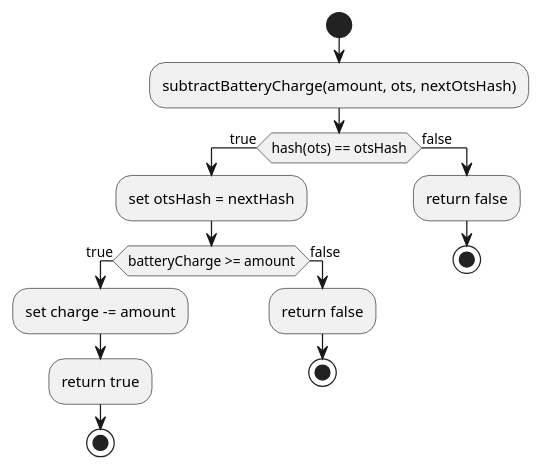
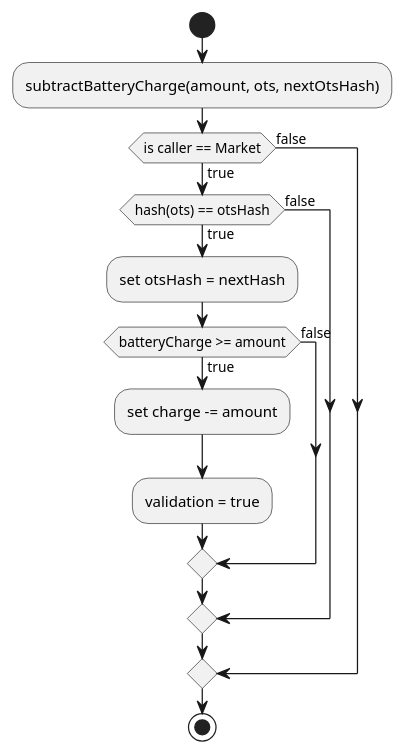
Before and after one commit to antonoeschmidt/SmartGridEmpowered: the diagram in docs/activitydiagram/withdraw.puml, drawn with PlantUML. The commit also changed 2 other files, not shown here.

```diff
--- a/docs/activitydiagram/withdraw.puml
+++ b/docs/activitydiagram/withdraw.puml
@@ -1,19 +1,18 @@
 @startuml withdraw battery
 start
 :subtractBatteryCharge(amount, ots, nextOtsHash);
-if (hash(ots) == otsHash) then (true)
-:set otsHash = nextHash;
-    if (batteryCharge >= amount) then (true)
-        :set charge -= amount;
-        :return true;
-        stop
+if (is caller == Market) then (true)
+    if (hash(ots) == otsHash) then (true)
+    :set otsHash = nextHash;
+        if (batteryCharge >= amount) then (true)
+            :set charge -= amount;
+            :validation = true;
+        else (false)
+        endif
+    
     else (false)
-        :return false;
-        stop
     endif
 else (false)
-    :return false;
-    stop
 endif
-' stop
+stop
 @enduml
```
